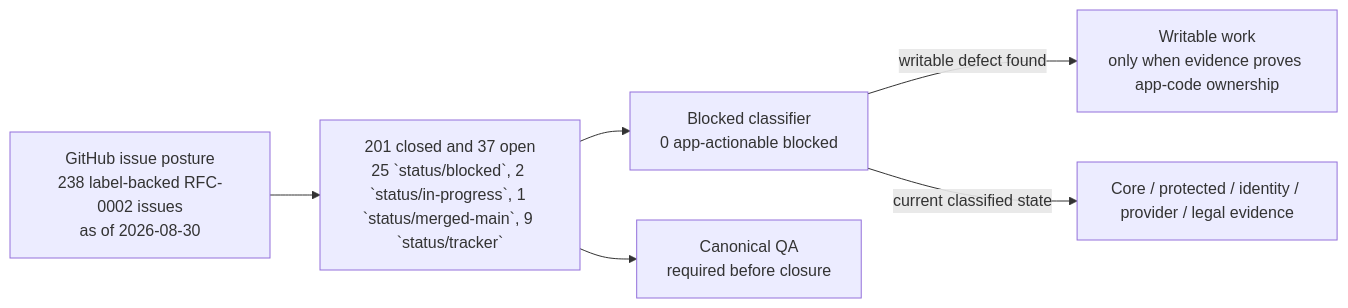
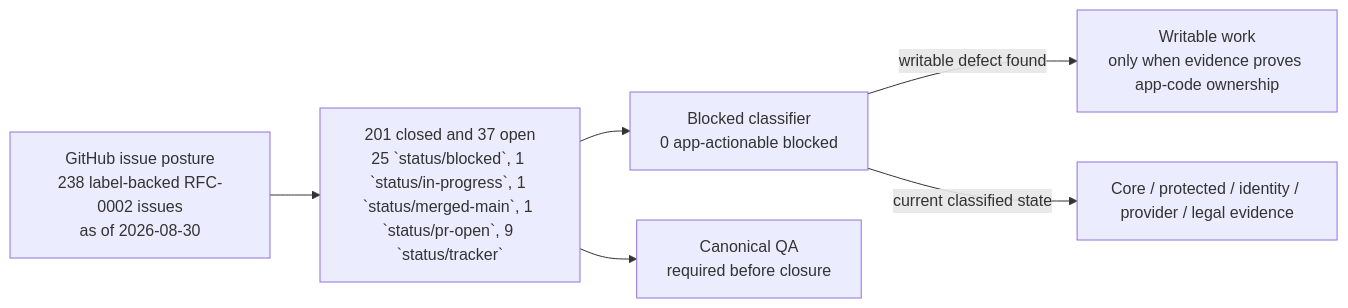
Before and after one commit to sgajbi/lotus-idea: the first of 2 diagrams in wiki/RFC-0002-Execution-Status.md, drawn with Mermaid. The commit also changed other lines of this file and 9 other files, not shown here.

````diff
--- a/wiki/RFC-0002-Execution-Status.md
+++ b/wiki/RFC-0002-Execution-Status.md
@@ -48,15 +48,15 @@
 ```mermaid
 flowchart LR
     Issues["GitHub issue posture<br/>238 label-backed RFC-0002 issues<br/>as of 2026-08-30"]
-    Open["201 closed and 37 open<br/>25 `status/blocked`, 2 `status/in-progress`, 1 `status/merged-main`, 9 `status/tracker`"]
+    Open["201 closed and 37 open<br/>25 `status/blocked`, 1 `status/in-progress`, 1 `status/merged-main`, 1 `status/pr-open`, 9 `status/tracker`"]
     Blocked["Blocked classifier<br/>0 app-actionable blocked"]
     Work["Writable work<br/>only when evidence proves app-code ownership"]
     External["Core / protected / identity / provider / legal evidence"]
     QA["Canonical QA<br/>required before closure"]
 
     Issues --> Open
     Open --> Blocked
     Blocked -->|"writable defect found"| Work
     Blocked -->|"current classified state"| External
     Open --> QA
 ```
````
